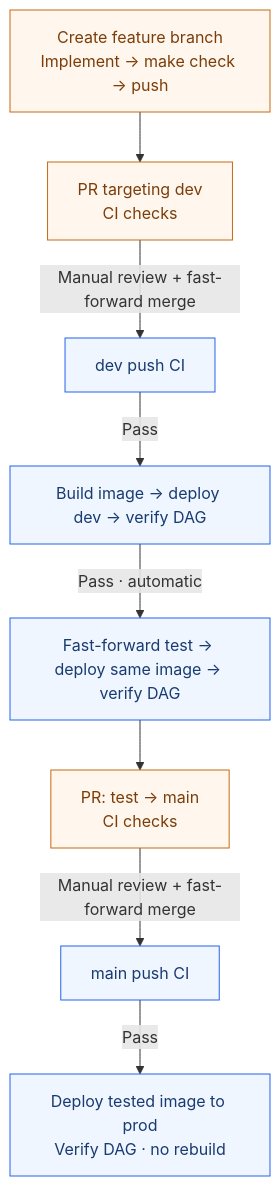
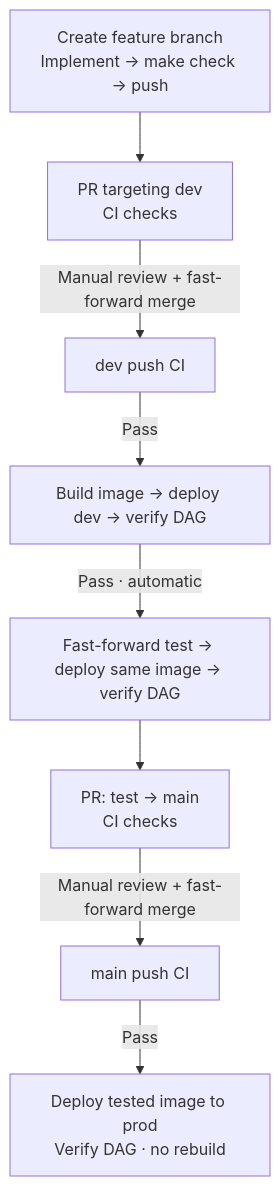
One commit to Amoladhav/airflow-best-practices changed the second of 2 diagrams in README.md. Above: the diagram before and after it, drawn with Mermaid. The commit also changed other lines of this file and 13 other files, not shown here.

````diff
--- a/README.md
+++ b/README.md
@@ -133,14 +123,10 @@
 ```mermaid
 flowchart TD
     feature["Create feature branch<br/>Implement → make check → push"] --> pr["PR targeting dev<br/>CI checks"]
     pr -->|"Manual review + fast-forward merge"| devci["dev push CI"]
     devci -->|"Pass"| dev["Build image → deploy dev → verify DAG"]
     dev -->|"Pass · automatic"| test["Fast-forward test → deploy same image → verify DAG"]
     test --> prodpr["PR: test → main<br/>CI checks"]
     prodpr -->|"Manual review + fast-forward merge"| mainci["main push CI"]
     mainci -->|"Pass"| prod["Deploy tested image to prod<br/>Verify DAG · no rebuild"]
-    classDef manual fill:#FFF7ED,stroke:#C56A13,color:#7C3D0A;
-    classDef automatic fill:#EFF6FF,stroke:#2563EB,color:#183B70;
-    class feature,pr,prodpr manual;
-    class devci,dev,test,mainci,prod automatic;
 ```
````
